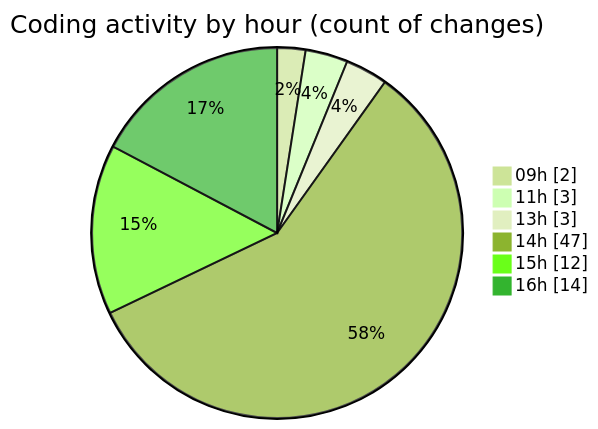
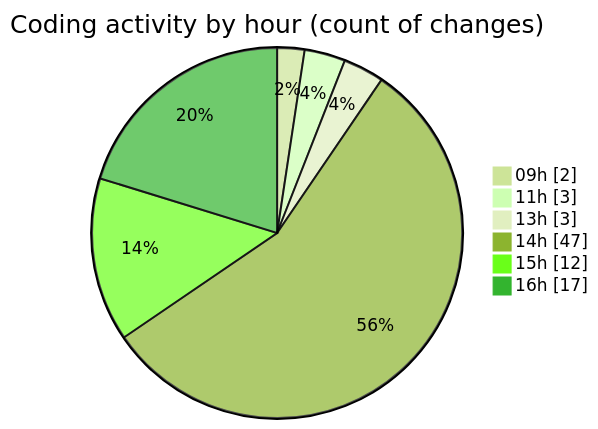
Before and after one commit to julien-gomy/code-tracking: the second of 2 diagrams in 2025-11-10/eventscop-frontend-guide__workspace_/README.md, drawn with Mermaid (forest theme). The commit also changed other lines of this file and 1 other file, not shown here.

````diff
--- a/2025-11-10/eventscop-frontend-guide__workspace_/README.md
+++ b/2025-11-10/eventscop-frontend-guide__workspace_/README.md
@@ -65,10 +65,10 @@
 ```mermaid
 pie showData
 title Coding activity by hour (count of changes)
 "09h" : 2
 "11h" : 3
 "13h" : 3
 "14h" : 47
 "15h" : 12
-"16h" : 14
+"16h" : 17
 ```
````
